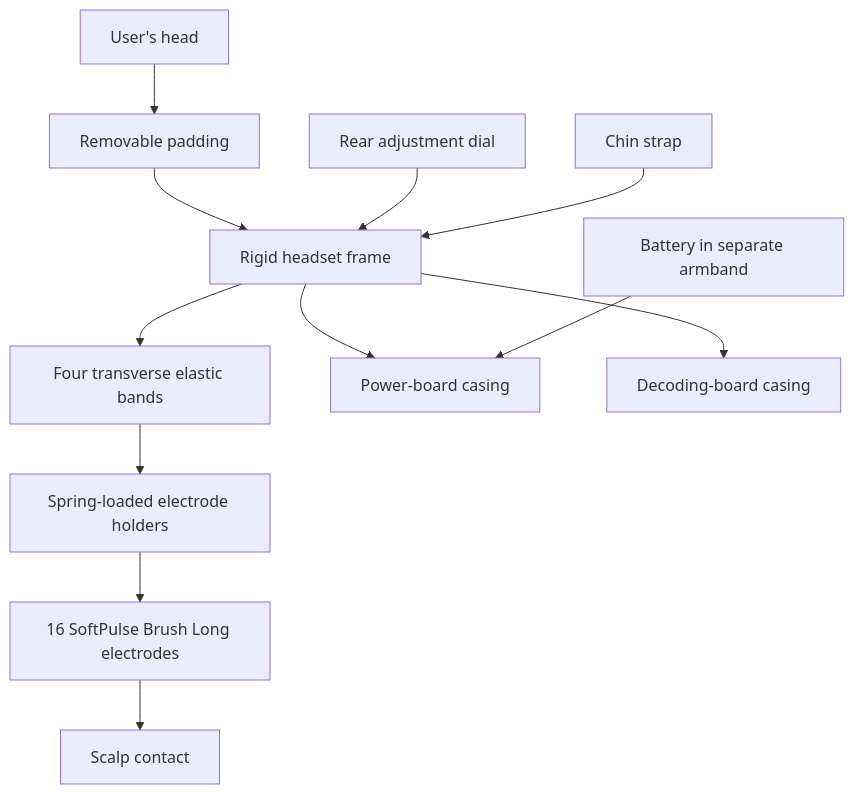
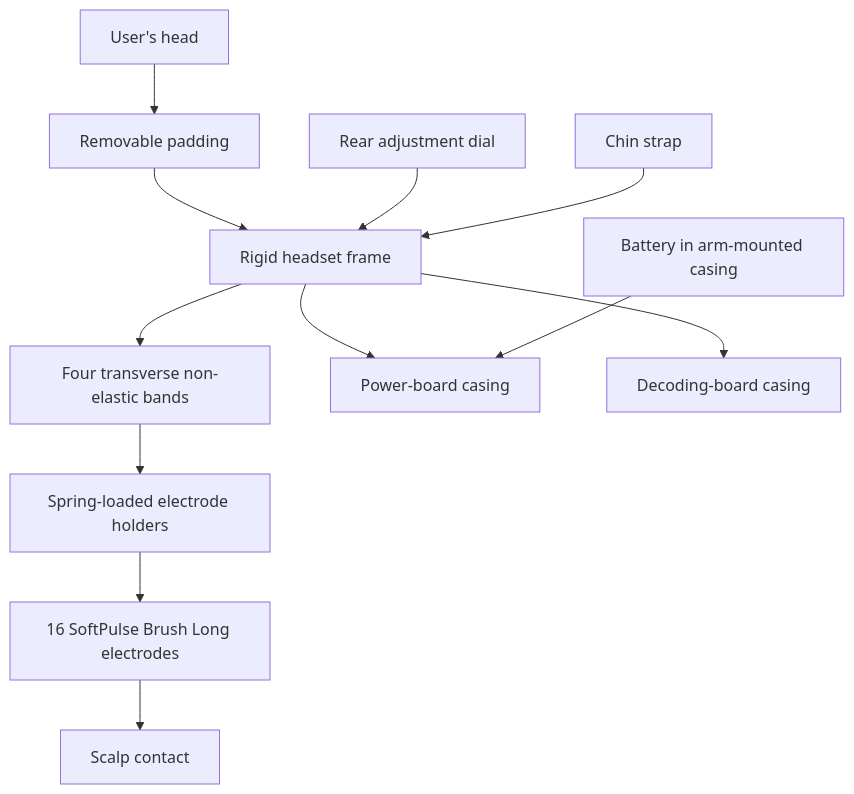
One commit to N-Pulse/EEG-HW-System changed the diagram in docs/DSD-HEADSET.md. Above: the diagram before and after it, drawn with Mermaid. The commit also changed other lines of this file, not shown here.

````diff
--- a/docs/DSD-HEADSET.md
+++ b/docs/DSD-HEADSET.md
@@ -102,14 +106,14 @@
 ```mermaid
 flowchart TD
     H[User's head] --> P[Removable padding]
     P --> F[Rigid headset frame]
     D[Rear adjustment dial] --> F
     C[Chin strap] --> F
-    F --> B[Four transverse elastic bands]
+    F --> B[Four transverse non-elastic bands]
     B --> EH[Spring-loaded electrode holders]
     EH --> E[16 SoftPulse Brush Long electrodes]
     E --> S[Scalp contact]
     F --> PB[Power-board casing]
     F --> DB[Decoding-board casing]
-    BA[Battery in separate armband] --> PB
+    BA[Battery in arm-mounted casing] --> PB
 ```
````
